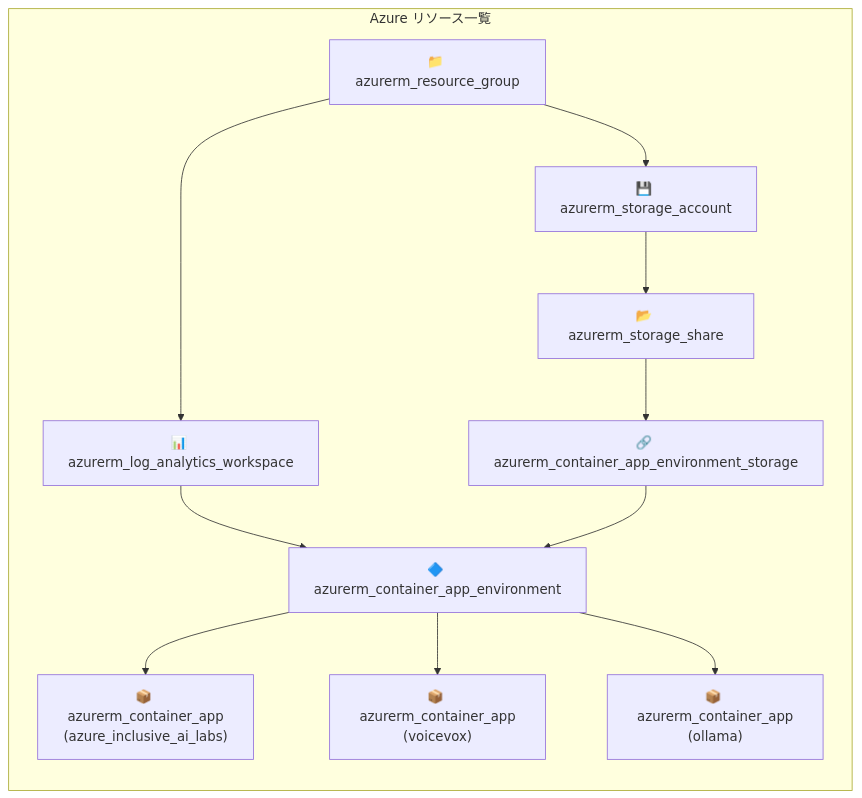
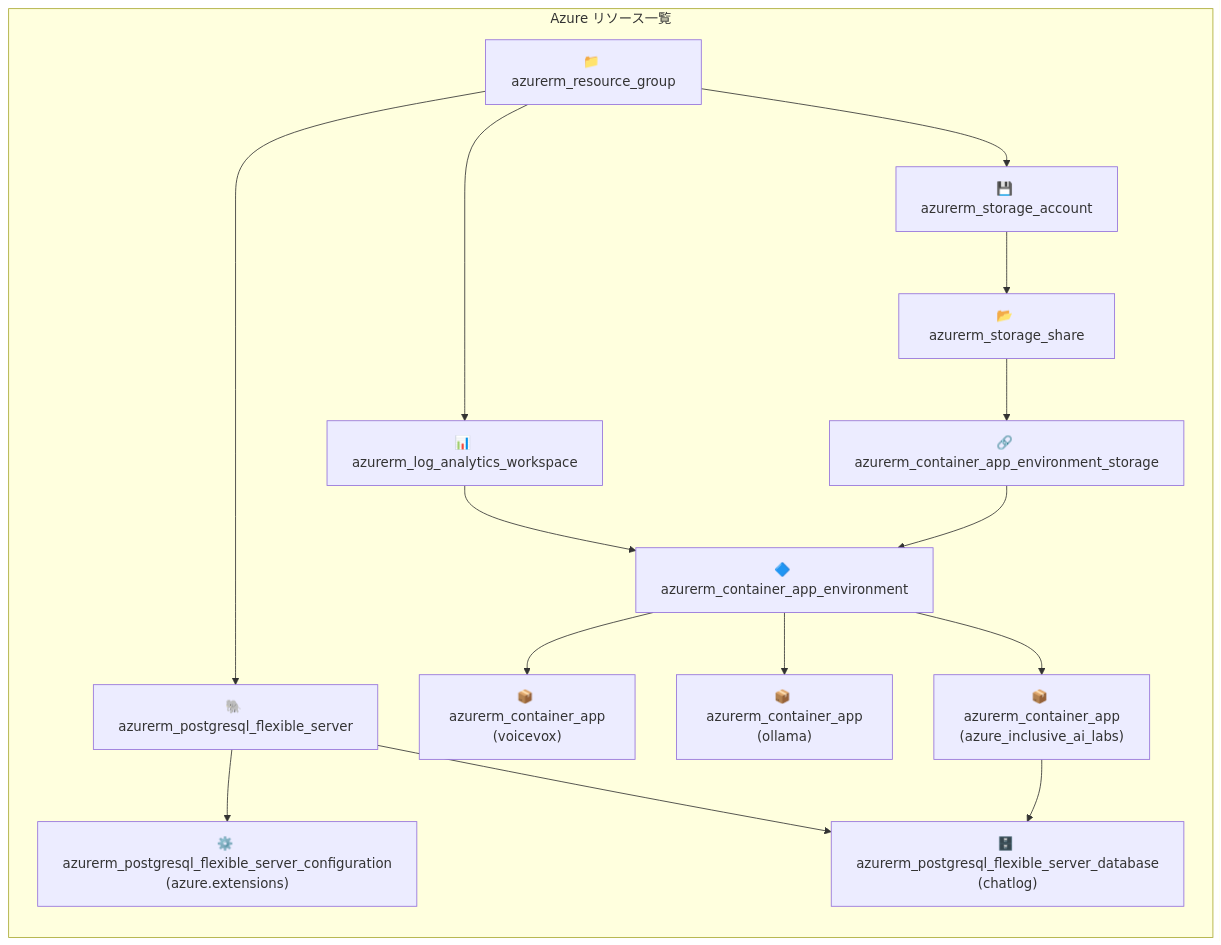
One commit to ks6088ts/template-terraform changed the second of 12 diagrams in infra/scenarios/azure_inclusive_ai_labs/README.md. Above: the diagram before and after it, drawn with Mermaid. The commit also changed other lines of this file and 5 other files, not shown here.

First line of the commit message:
feat(azure_inclusive_ai_labs): add PostgreSQL chatlog wiring and auth modes

````diff
--- a/infra/scenarios/azure_inclusive_ai_labs/README.md
+++ b/infra/scenarios/azure_inclusive_ai_labs/README.md
@@ -68,25 +71,32 @@
 ```mermaid
 flowchart LR
     subgraph Resources["Azure リソース一覧"]
         direction TB
         RG["📁 azurerm_resource_group"]
         LAW["📊 azurerm_log_analytics_workspace"]
         CAE["🔷 azurerm_container_app_environment"]
         SA["💾 azurerm_storage_account"]
         FS["📂 azurerm_storage_share"]
         ES["🔗 azurerm_container_app_environment_storage"]
         CA1["📦 azurerm_container_app<br/>(azure_inclusive_ai_labs)"]
         CA2["📦 azurerm_container_app<br/>(voicevox)"]
         CA3["📦 azurerm_container_app<br/>(ollama)"]
+        PGS["🐘 azurerm_postgresql_flexible_server"]
+        PGC["⚙️ azurerm_postgresql_flexible_server_configuration<br/>(azure.extensions)"]
+        PGD["🗄️ azurerm_postgresql_flexible_server_database<br/>(chatlog)"]
     end
 
     RG --> LAW
     RG --> SA
     LAW --> CAE
     SA --> FS
     FS --> ES
     ES --> CAE
     CAE --> CA1
     CAE --> CA2
     CAE --> CA3
+    RG --> PGS
+    PGS --> PGC
+    PGS --> PGD
+    CA1 --> PGD
 ```
````
